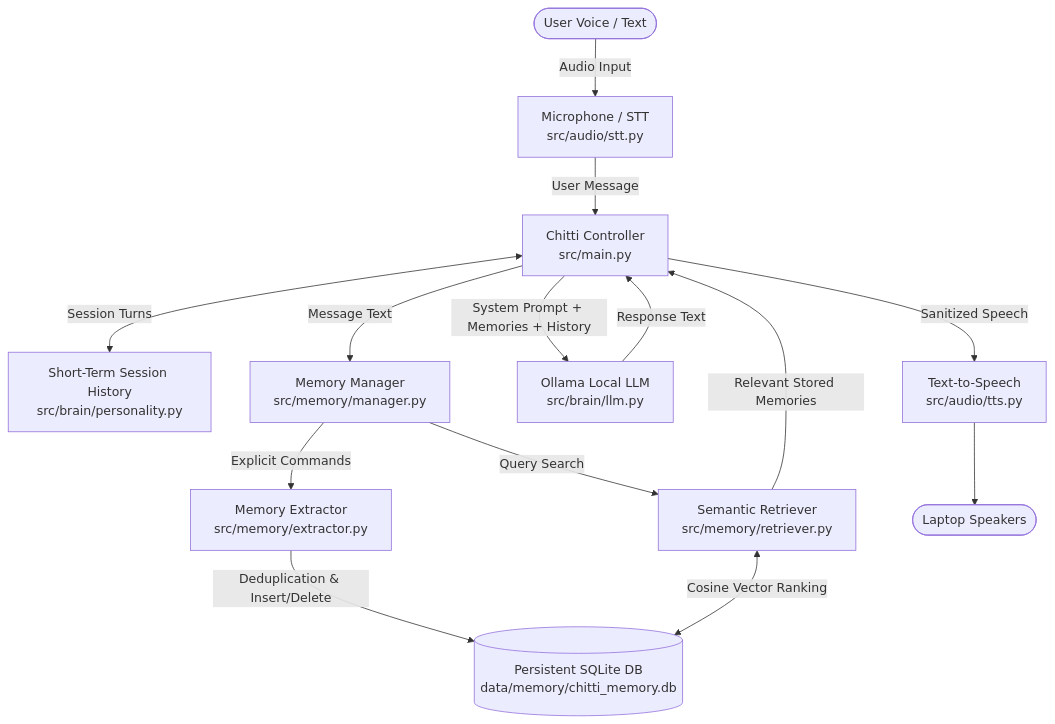
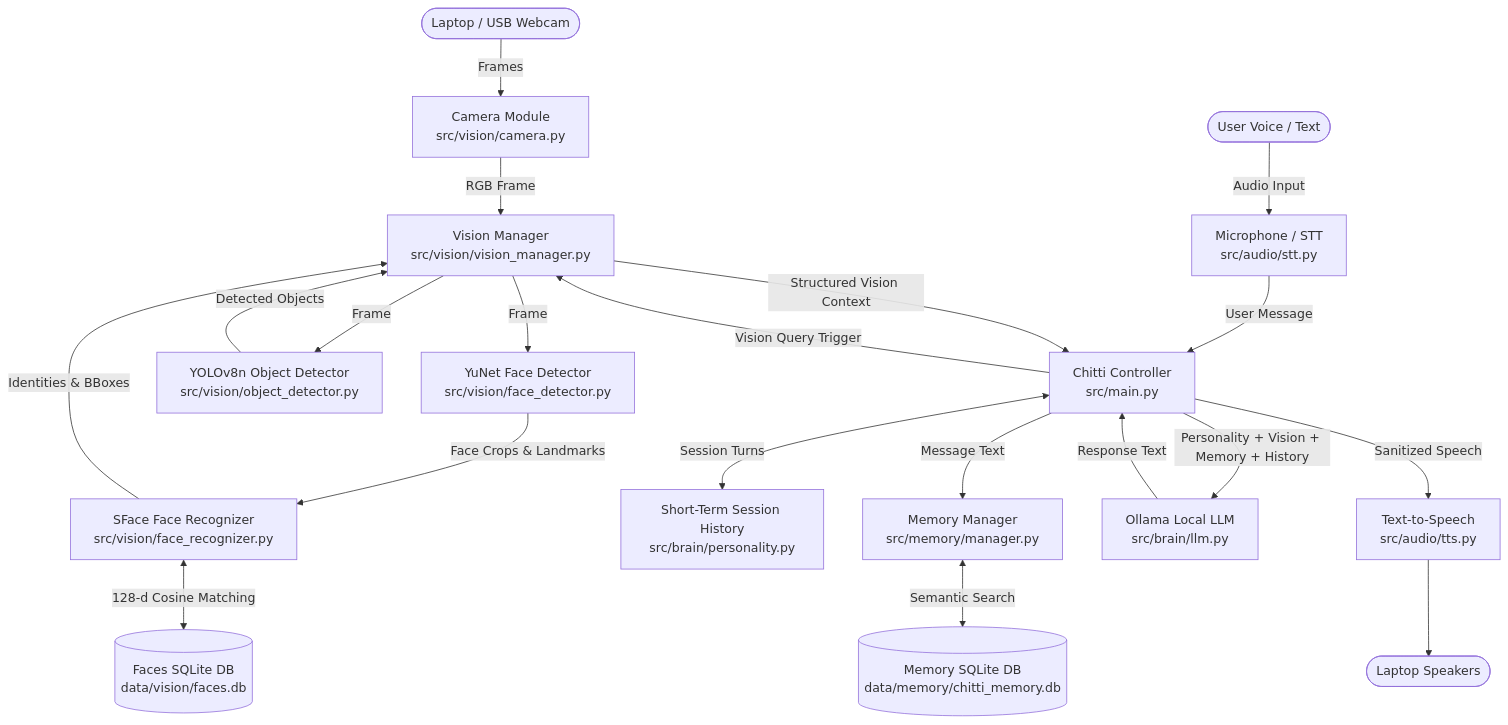
The diagram in README.md (bishtprateek270-hue/chitti-), drawn with Mermaid before and after one commit. The commit also changed other lines of this file and 18 other files, not shown here.

Commit message:
Implement Phase 3: Computer Vision (YuNet Face Detection, SFace Face Recognition, YOLOv8 Object Detection, SQLite Face DB, Vision Manager, Benchmarks, and Automated Tests)

````diff
--- a/README.md
+++ b/README.md
@@ -19,22 +19,29 @@
 ```mermaid
 graph TD
+    Camera([Laptop / USB Webcam]) -->|Frames| CamMod[Camera Module\nsrc/vision/camera.py]
+    CamMod -->|RGB Frame| VisionMgr[Vision Manager\nsrc/vision/vision_manager.py]
+    
+    VisionMgr -->|Frame| FaceDet[YuNet Face Detector\nsrc/vision/face_detector.py]
+    FaceDet -->|Face Crops & Landmarks| FaceRec[SFace Face Recognizer\nsrc/vision/face_recognizer.py]
+    FaceRec <-->|128-d Cosine Matching| FaceDB[(Faces SQLite DB\ndata/vision/faces.db)]
+    
+    VisionMgr -->|Frame| ObjDet[YOLOv8n Object Detector\nsrc/vision/object_detector.py]
+    
+    FaceRec -->|Identities & BBoxes| VisionMgr
+    ObjDet -->|Detected Objects| VisionMgr
+    
     User([User Voice / Text]) -->|Audio Input| Mic[Microphone / STT\nsrc/audio/stt.py]
     Mic -->|User Message| Controller[Chitti Controller\nsrc/main.py]
     
     Controller <-->|Session Turns| ShortTerm[Short-Term Session History\nsrc/brain/personality.py]
+    Controller -->|Message Text| MemoryManager[Memory Manager\nsrc/memory/manager.py]
+    MemoryManager <-->|Semantic Search| MemoryDB[(Memory SQLite DB\ndata/memory/chitti_memory.db)]
     
-    Controller -->|Message Text| MemoryManager[Memory Manager\nsrc/memory/manager.py]
+    Controller -->|Vision Query Trigger| VisionMgr
+    VisionMgr -->|Structured Vision Context| Controller
     
-    MemoryManager -->|Explicit Commands| Extractor[Memory Extractor\nsrc/memory/extractor.py]
-    Extractor -->|Deduplication & Insert/Delete| SQLite[(Persistent SQLite DB\ndata/memory/chitti_memory.db)]
-    
-    MemoryManager -->|Query Search| Retriever[Semantic Retriever\nsrc/memory/retriever.py]
-    Retriever <-->|Cosine Vector Ranking| SQLite
-    
-    Retriever -->|Relevant Stored Memories| Controller
-    Controller -->|System Prompt + Memories + History| Ollama[Ollama Local LLM\nsrc/brain/llm.py]
-    
+    Controller -->|Personality + Vision + Memory + History| Ollama[Ollama Local LLM\nsrc/brain/llm.py]
     Ollama -->|Response Text| Controller
     Controller -->|Sanitized Speech| TTS[Text-to-Speech\nsrc/audio/tts.py]
     TTS --> Speaker([Laptop Speakers])
 ```
````
